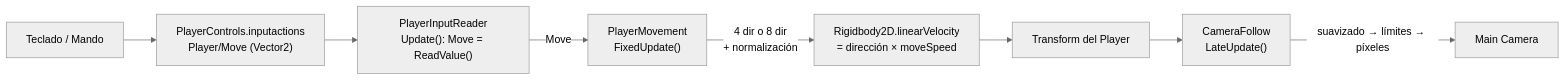
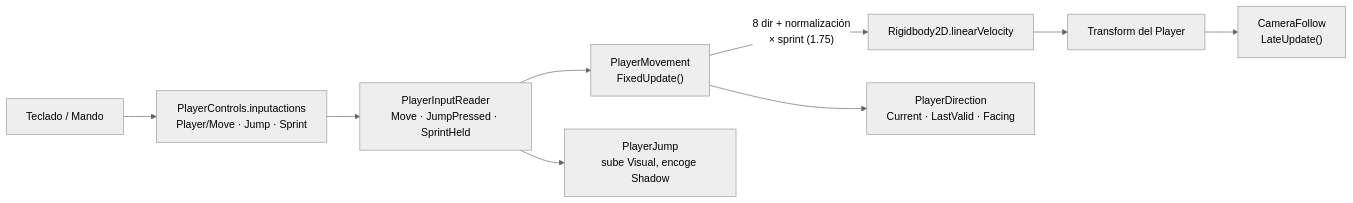
The first of 3 diagrams in TD_Game_ARQUITECTURA.md (0266768-velita/Videogame-Development), drawn with Mermaid (neutral theme) before and after one commit. The commit also changed other lines of this file and 75 other files, not shown here.

Commit message:
Jump, sprint and combat update

````diff
--- a/TD_Game_ARQUITECTURA.md
+++ b/TD_Game_ARQUITECTURA.md
@@ -87,10 +112,11 @@
 ```mermaid
 flowchart LR
-    K[Teclado / Mando] --> IA["PlayerControls.inputactions<br/>Player/Move (Vector2)"]
-    IA --> R["PlayerInputReader<br/>Update(): Move = ReadValue()"]
-    R -- "Move" --> M["PlayerMovement<br/>FixedUpdate()"]
-    M -- "4 dir o 8 dir<br/>+ normalización" --> RB["Rigidbody2D.linearVelocity<br/>= dirección × moveSpeed"]
+    K[Teclado / Mando] --> IA["PlayerControls.inputactions<br/>Player/Move · Jump · Sprint"]
+    IA --> R["PlayerInputReader<br/>Move · JumpPressed · SprintHeld"]
+    R --> M["PlayerMovement<br/>FixedUpdate()"]
+    R --> J["PlayerJump<br/>sube Visual, encoge Shadow"]
+    M -- "8 dir + normalización<br/>× sprint (1.75)" --> RB["Rigidbody2D.linearVelocity"]
+    M --> D["PlayerDirection<br/>Current · LastValid · Facing"]
     RB --> T[Transform del Player]
     T --> C["CameraFollow<br/>LateUpdate()"]
-    C -- "suavizado → límites → píxeles" --> CAM[Main Camera]
 ```
````
